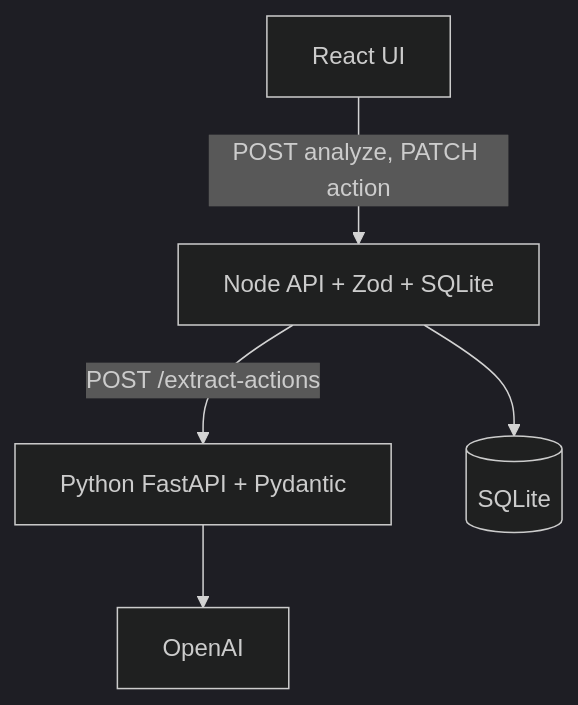
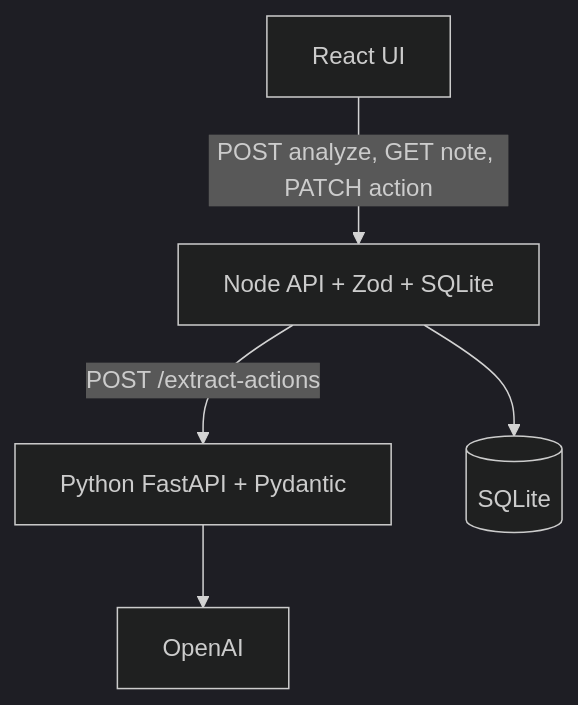
One commit to kerenschoss369/clinical-follow-up-detector changed the diagram in docs/interview-notes.md. Above: the diagram before and after it, drawn with Mermaid (dark theme). The commit also changed other lines of this file and 4 other files, not shown here.

Commit message:
docs: refresh README, architecture, and integration guides

````diff
--- a/docs/interview-notes.md
+++ b/docs/interview-notes.md
@@ -19,11 +19,11 @@
 ```mermaid
 flowchart TB
   react["React UI"]
   node["Node API + Zod + SQLite"]
   python["Python FastAPI + Pydantic"]
   llm["OpenAI"]
-  react -->|"POST analyze, PATCH action"| node
+  react -->|"POST analyze, GET note, PATCH action"| node
   node -->|"POST /extract-actions"| python
   python --> llm
   node --> sqlite[(SQLite)]
 ```
````
